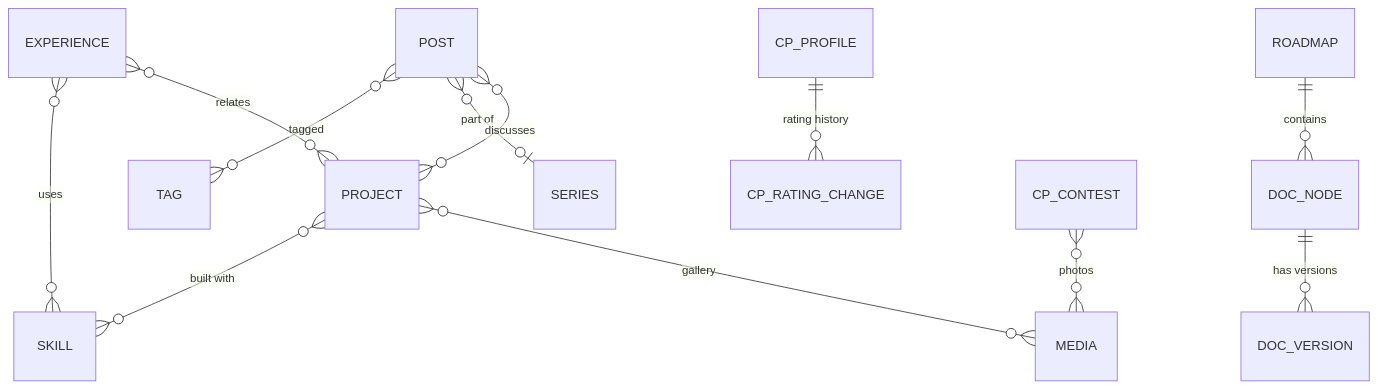
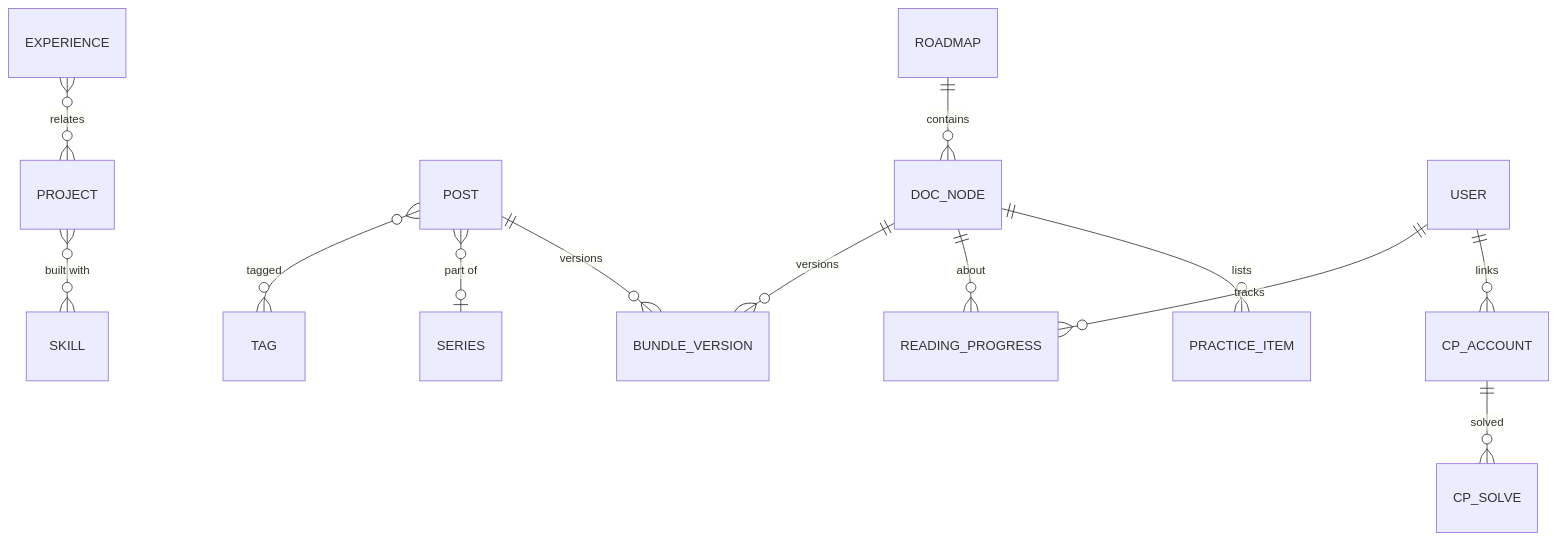
One commit to eyasir329/portfolio changed the second of 2 diagrams in docs/03-information-architecture.md. Above: the diagram before and after it, drawn with Mermaid. The commit also changed other lines of this file and 25 other files, not shown here.

````diff
--- a/docs/03-information-architecture.md
+++ b/docs/03-information-architecture.md
@@ -231,14 +171,15 @@
 ```mermaid
 erDiagram
   PROJECT }o--o{ SKILL : "built with"
-  EXPERIENCE }o--o{ SKILL : uses
   EXPERIENCE }o--o{ PROJECT : relates
   POST }o--o{ TAG : tagged
   POST }o--o| SERIES : "part of"
-  POST }o--o{ PROJECT : discusses
+  POST ||--o{ BUNDLE_VERSION : versions
   ROADMAP ||--o{ DOC_NODE : contains
-  DOC_NODE ||--o{ DOC_VERSION : "has versions"
-  CP_PROFILE ||--o{ CP_RATING_CHANGE : "rating history"
-  CP_CONTEST }o--o{ MEDIA : photos
-  PROJECT }o--o{ MEDIA : gallery
+  DOC_NODE ||--o{ BUNDLE_VERSION : versions
+  USER ||--o{ READING_PROGRESS : tracks
+  DOC_NODE ||--o{ READING_PROGRESS : about
+  USER ||--o{ CP_ACCOUNT : links
+  CP_ACCOUNT ||--o{ CP_SOLVE : solved
+  DOC_NODE ||--o{ PRACTICE_ITEM : lists
 ```
````
